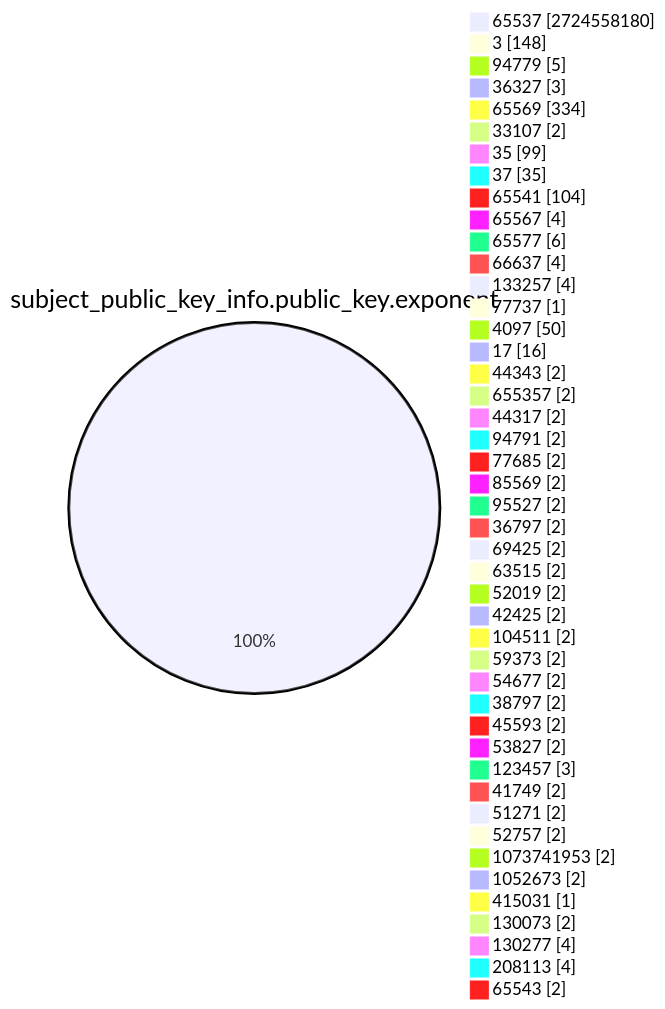
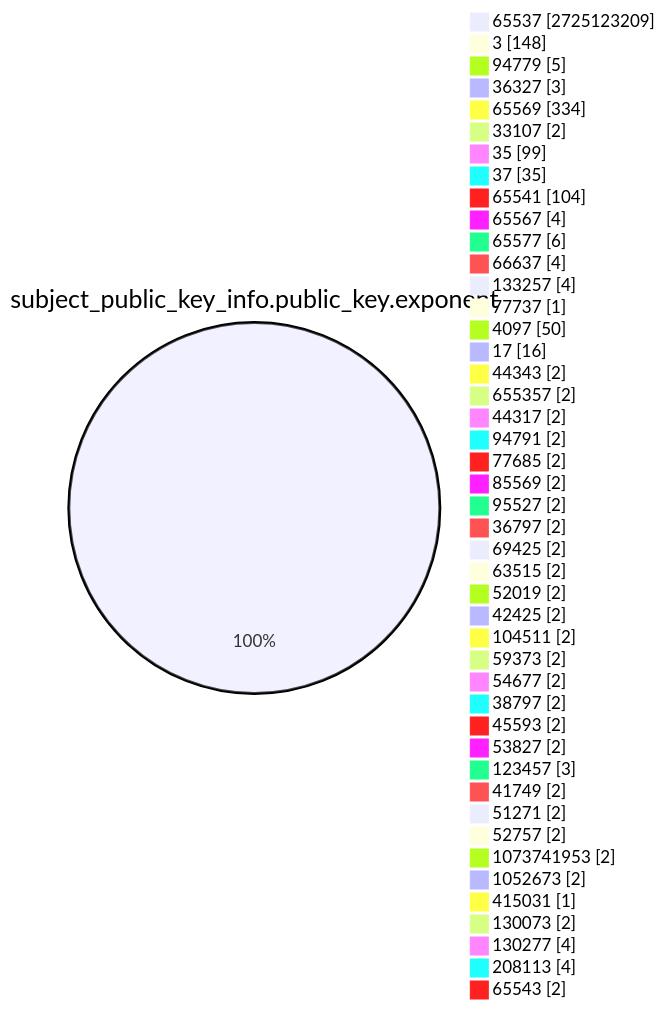
Before and after one commit to christiankrug/ctmonitor_visualization: the fourth of 15 diagrams in TOTAL/README.md, drawn with Mermaid. The commit also changed other lines of this file, not shown here.

````diff
--- a/TOTAL/README.md
+++ b/TOTAL/README.md
@@ -1467,49 +1467,49 @@
 ```mermaid
 pie showData
 title subject_public_key_info.public_key.exponent
-"65537" :2724558180
+"65537" :2725123209
 "3" :148
 "94779" :5
 "36327" :3
 "65569" :334
 "33107" :2
 "35" :99
 "37" :35
 "65541" :104
 "65567" :4
 "65577" :6
 "66637" :4
 "133257" :4
 "77737" :1
 "4097" :50
 "17" :16
 "44343" :2
 "655357" :2
 "44317" :2
 "94791" :2
 "77685" :2
 "85569" :2
 "95527" :2
 "36797" :2
 "69425" :2
 "63515" :2
 "52019" :2
 "42425" :2
 "104511" :2
 "59373" :2
 "54677" :2
 "38797" :2
 "45593" :2
 "53827" :2
 "123457" :3
 "41749" :2
 "51271" :2
 "52757" :2
 "1073741953" :2
 "1052673" :2
 "415031" :1
 "130073" :2
 "130277" :4
 "208113" :4
 "65543" :2
 ```
````
